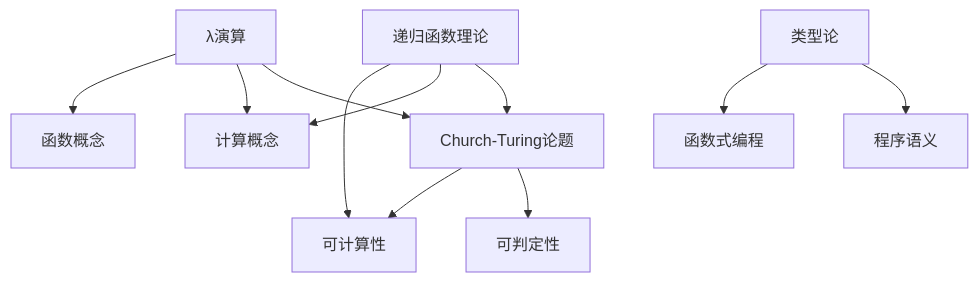
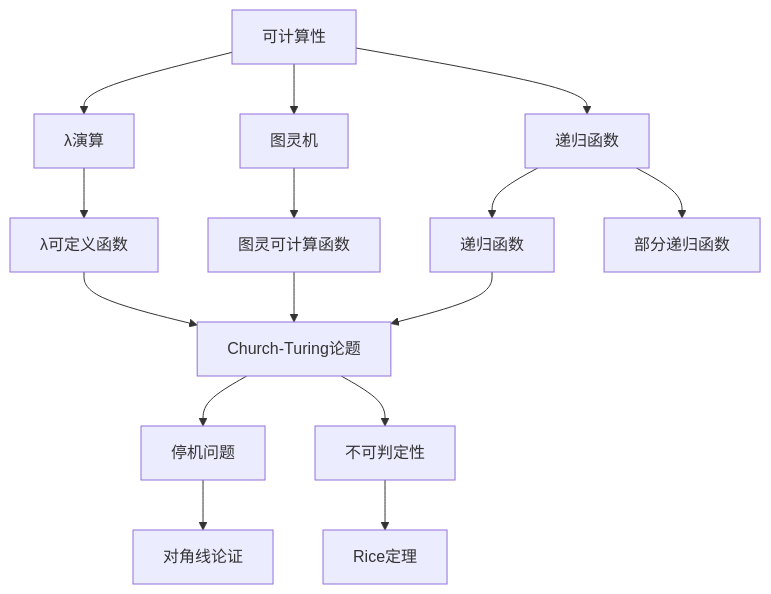
Before and after one commit to AdaMartin18010/FormalMath: the second of 3 diagrams in 数学家理念体系/丘奇数学理念/08-知识关联分析/01-概念关联网络.md, drawn with Mermaid. The commit also changed other lines of this file and 823 other files, not shown here.

````diff
--- a/数学家理念体系/丘奇数学理念/08-知识关联分析/01-概念关联网络.md
+++ b/数学家理念体系/丘奇数学理念/08-知识关联分析/01-概念关联网络.md
@@ -406,13 +92,21 @@
 ```mermaid
-graph TB
-    A[λ演算] --> B[函数概念]
-    A --> C[计算概念]
-    D[递归函数理论] --> E[可计算性]
-    D --> C
-    F[Church-Turing论题] --> E
-    F --> G[可判定性]
-    H[类型论] --> I[函数式编程]
-    H --> J[程序语义]
-    A --> F
-    D --> F
+graph TD
+    A[可计算性] --> B[λ演算]
+    A --> C[图灵机]
+    A --> D[递归函数]
+    
+    B --> B1[λ可定义函数]
+    C --> C1[图灵可计算函数]
+    D --> D1[递归函数]
+    D --> D2[部分递归函数]
+    
+    B1 --> E[Church-Turing论题]
+    C1 --> E
+    D1 --> E
+    
+    E --> F[停机问题]
+    E --> G[不可判定性]
+    
+    F --> F1[对角线论证]
+    G --> G1[Rice定理]
 ```
````
